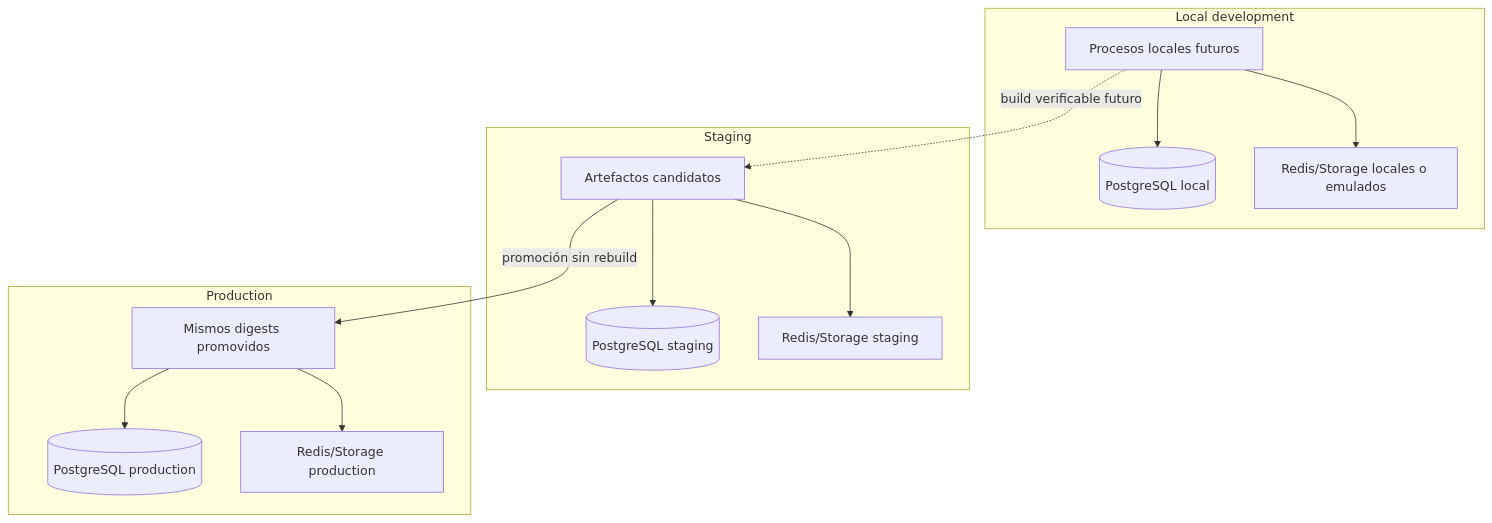
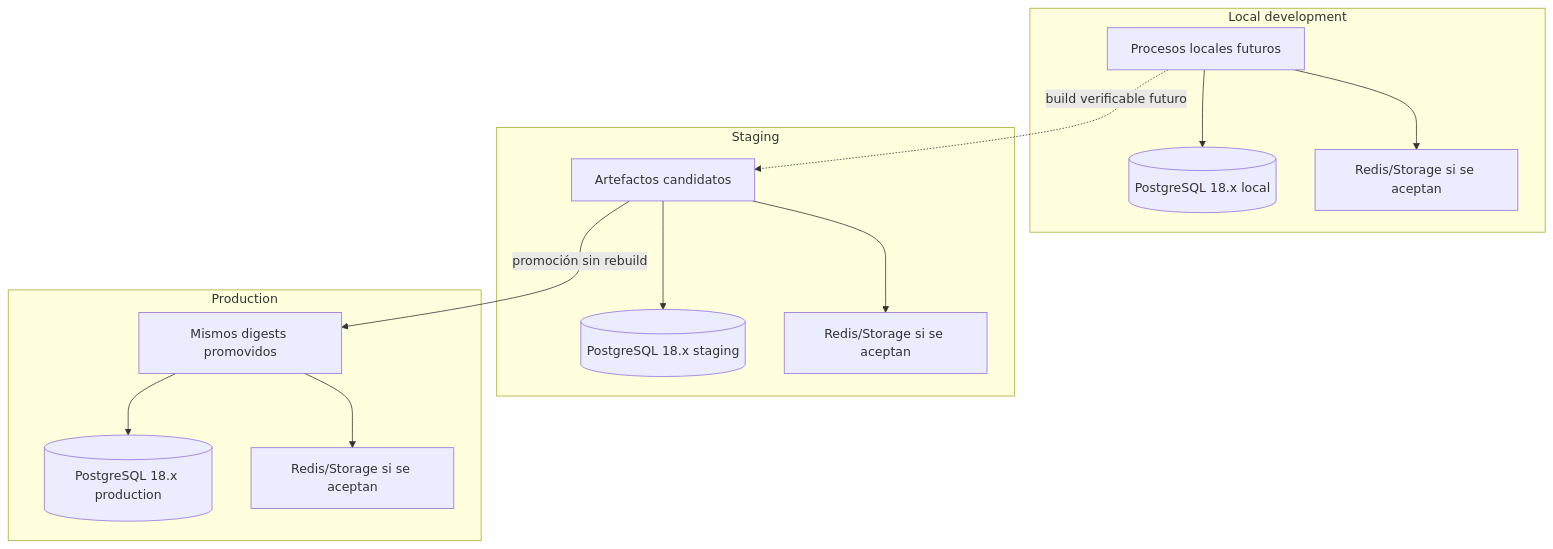
The diagram in docs/delivery/ENVIRONMENTS.md (luisgtzaviles/SrTaller-2.0), drawn with Mermaid before and after one commit. The commit also changed other lines of this file and 54 other files, not shown here.

Commit message:
docs: accept PostgreSQL persistence baseline

````diff
--- a/docs/delivery/ENVIRONMENTS.md
+++ b/docs/delivery/ENVIRONMENTS.md
@@ -24,29 +25,29 @@
 ```mermaid
 flowchart TB
     subgraph Local[Local development]
       LApp[Procesos locales futuros]
-      LDb[(PostgreSQL local)]
-      LDep[Redis/Storage locales o emulados]
+      LDb[(PostgreSQL 18.x local)]
+      LDep[Redis/Storage si se aceptan]
       LApp --> LDb
       LApp --> LDep
     end
 
     subgraph Staging[Staging]
       SApp[Artefactos candidatos]
-      SDb[(PostgreSQL staging)]
-      SDep[Redis/Storage staging]
+      SDb[(PostgreSQL 18.x staging)]
+      SDep[Redis/Storage si se aceptan]
       SApp --> SDb
       SApp --> SDep
     end
 
     subgraph Production[Production]
       PApp[Mismos digests promovidos]
-      PDb[(PostgreSQL production)]
-      PDep[Redis/Storage production]
+      PDb[(PostgreSQL 18.x production)]
+      PDep[Redis/Storage si se aceptan]
       PApp --> PDb
       PApp --> PDep
     end
 
     LApp -. build verificable futuro .-> SApp
     SApp -- promoción sin rebuild --> PApp
 ```
````
